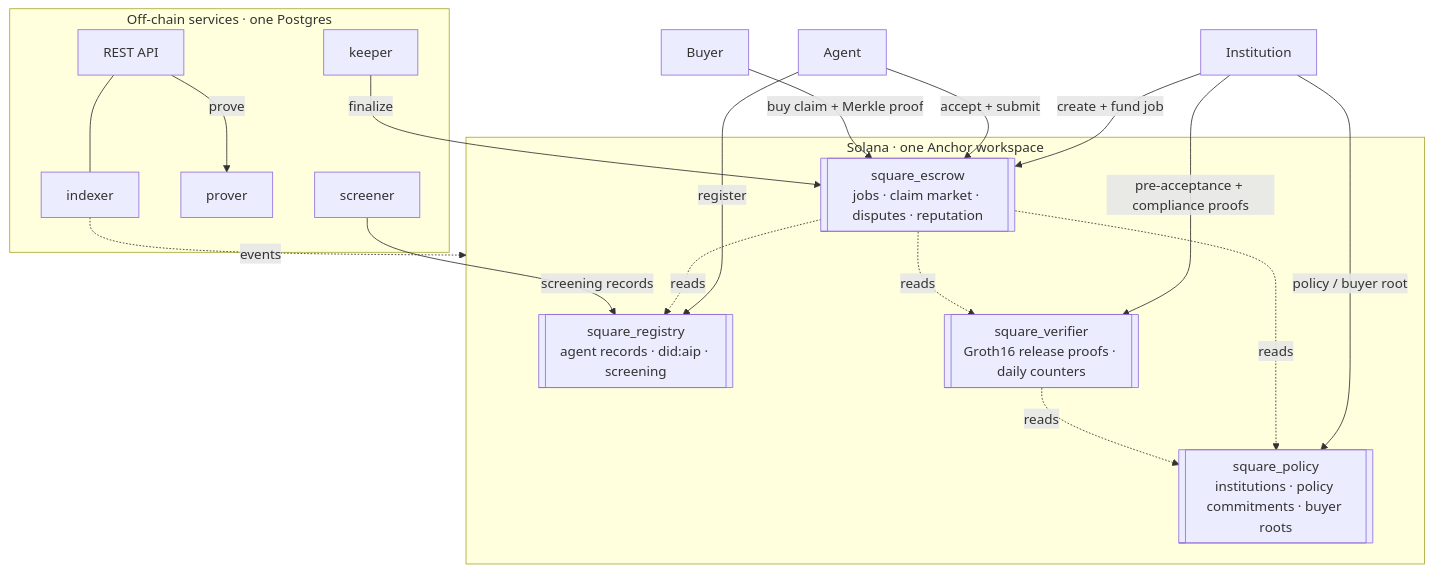
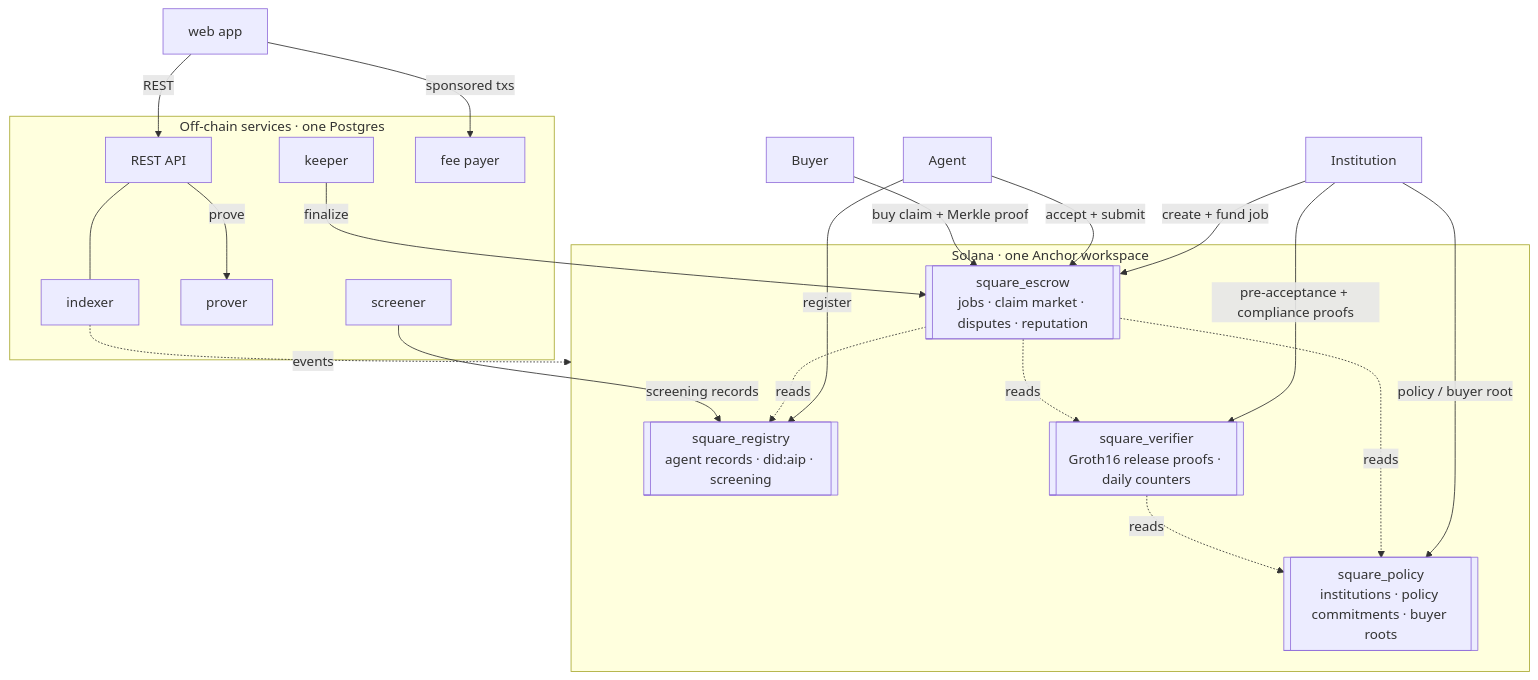
The second of 2 diagrams in README.md (wienerlabs/square-solana), drawn with Mermaid before and after one commit. The commit also changed other lines of this file, not shown here.

````diff
--- a/README.md
+++ b/README.md
@@ -96,29 +104,32 @@
 ```mermaid
 flowchart TB
   subgraph Chain["Solana · one Anchor workspace"]
     REG[[square_registry<br/>agent records · did:aip · screening]]
     POL[[square_policy<br/>institutions · policy commitments · buyer roots]]
     VER[[square_verifier<br/>Groth16 release proofs · daily counters]]
     ESC[[square_escrow<br/>jobs · claim market · disputes · reputation]]
   end
   subgraph Services["Off-chain services · one Postgres"]
     IDX[indexer]
     API[REST API]
     KEEP[keeper]
     PROV[prover]
     SCR[screener]
+    FEE[fee payer]
   end
+  WEB[web app] -- REST --> API
+  WEB -- sponsored txs --> FEE
   I[Institution] -- policy / buyer root --> POL
   A[Agent] -- register --> REG
   I -- create + fund job --> ESC
   A -- accept + submit --> ESC
   B[Buyer] -- buy claim + Merkle proof --> ESC
   I -- pre-acceptance + compliance proofs --> VER
   KEEP -- finalize --> ESC
   ESC -. reads .-> REG & POL & VER
   VER -. reads .-> POL
   SCR -- screening records --> REG
   IDX -. events .-> Chain
   API --- IDX
   API -- prove --> PROV
 ```
````
